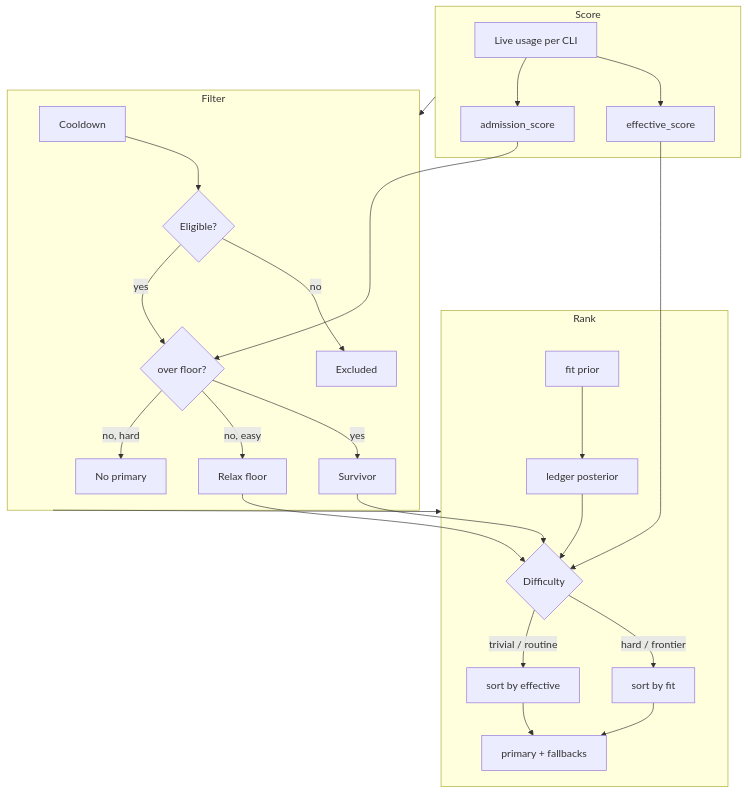
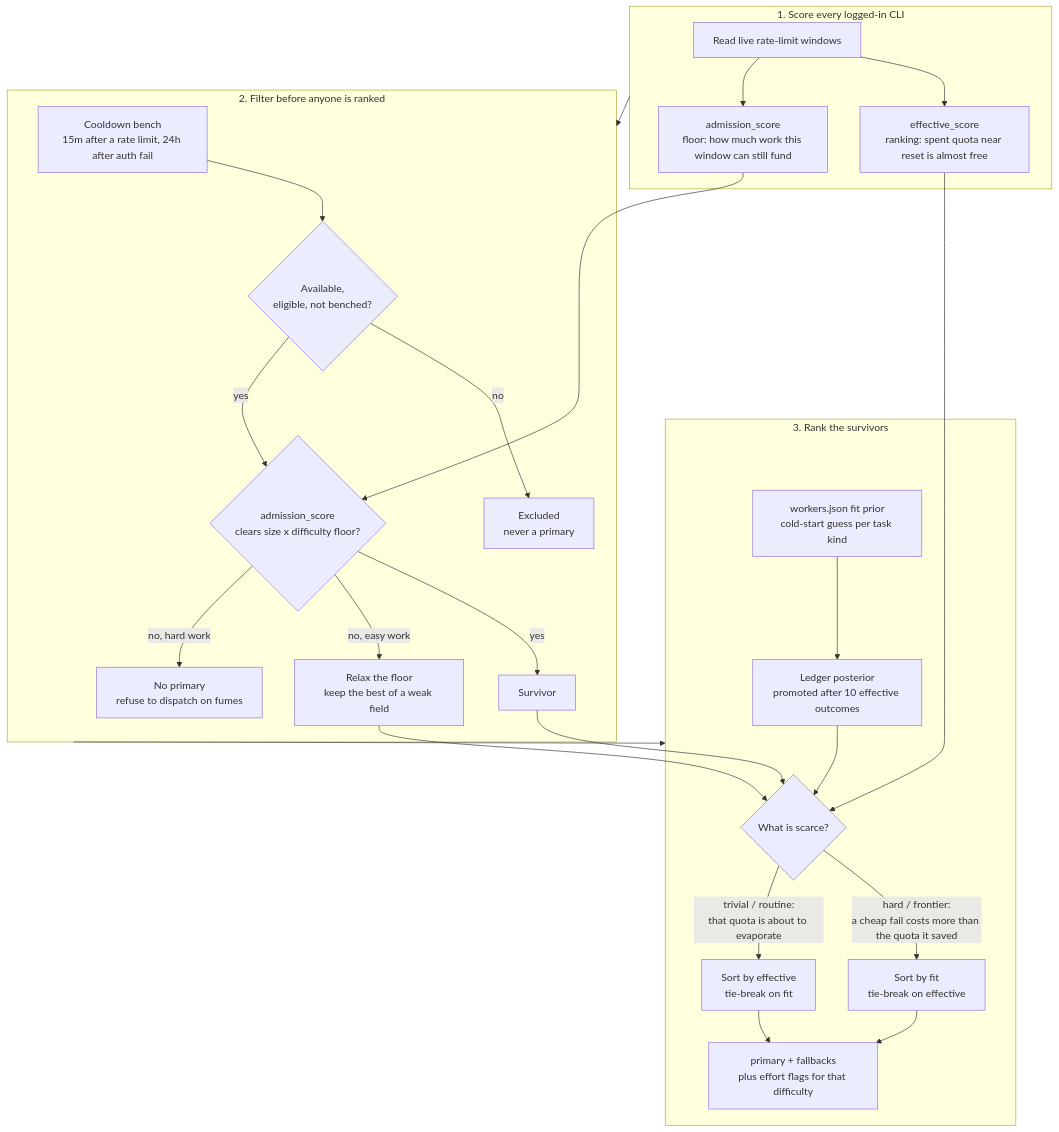
Before and after one commit to m-esm/smart-subagents: the diagram in README.md, drawn with Mermaid. The commit also changed 3 other files, not shown here.

Commit message:
Make mermaid charts name the rule, not just the box

````diff
--- a/README.md
+++ b/README.md
@@ -110,30 +110,30 @@
 ```mermaid
 flowchart TB
-    subgraph score [Score]
-        U[Live usage per CLI]
-        U --> EFF[effective_score]
-        U --> ADM[admission_score]
+    subgraph score [1. Score every logged-in CLI]
+        U["Read live rate-limit windows"]
+        U --> EFF["effective_score<br/>ranking: spent quota near reset is almost free"]
+        U --> ADM["admission_score<br/>floor: how much work this window can still fund"]
     end
-    subgraph filter [Filter]
-        CD[Cooldown] --> ELIG{Eligible?}
-        ELIG -->|no| OUT[Excluded]
-        ELIG -->|yes| FLOOR{over floor?}
+    subgraph filter [2. Filter before anyone is ranked]
+        CD["Cooldown bench<br/>15m after a rate limit, 24h after auth fail"] --> ELIG{"Available,<br/>eligible, not benched?"}
+        ELIG -->|no| OUT["Excluded<br/>never a primary"]
+        ELIG -->|yes| FLOOR{"admission_score<br/>clears size x difficulty floor?"}
         ADM --> FLOOR
-        FLOOR -->|yes| SURV[Survivor]
-        FLOOR -->|no, easy| RELAX[Relax floor]
-        FLOOR -->|no, hard| BLOCK[No primary]
+        FLOOR -->|yes| SURV["Survivor"]
+        FLOOR -->|no, easy work| RELAX["Relax the floor<br/>keep the best of a weak field"]
+        FLOOR -->|no, hard work| BLOCK["No primary<br/>refuse to dispatch on fumes"]
     end
-    subgraph rank [Rank]
-        SURV --> RANK{Difficulty}
+    subgraph rank [3. Rank the survivors]
+        SURV --> RANK{"What is scarce?"}
         RELAX --> RANK
         EFF --> RANK
-        PRIOR[fit prior] --> POST[ledger posterior]
+        PRIOR["workers.json fit prior<br/>cold-start guess per task kind"] --> POST["Ledger posterior<br/>promoted after 10 effective outcomes"]
         POST --> RANK
-        RANK -->|hard / frontier| BYFIT[sort by fit]
-        RANK -->|trivial / routine| BYEFF[sort by effective]
-        BYFIT --> PICK[primary + fallbacks]
+        RANK -->|"hard / frontier:<br/>a cheap fail costs more than the quota it saved"| BYFIT["Sort by fit<br/>tie-break on effective"]
+        RANK -->|"trivial / routine:<br/>that quota is about to evaporate"| BYEFF["Sort by effective<br/>tie-break on fit"]
+        BYFIT --> PICK["primary + fallbacks<br/>plus effort flags for that difficulty"]
         BYEFF --> PICK
     end
     score --> filter
     filter --> rank
 ```
````
